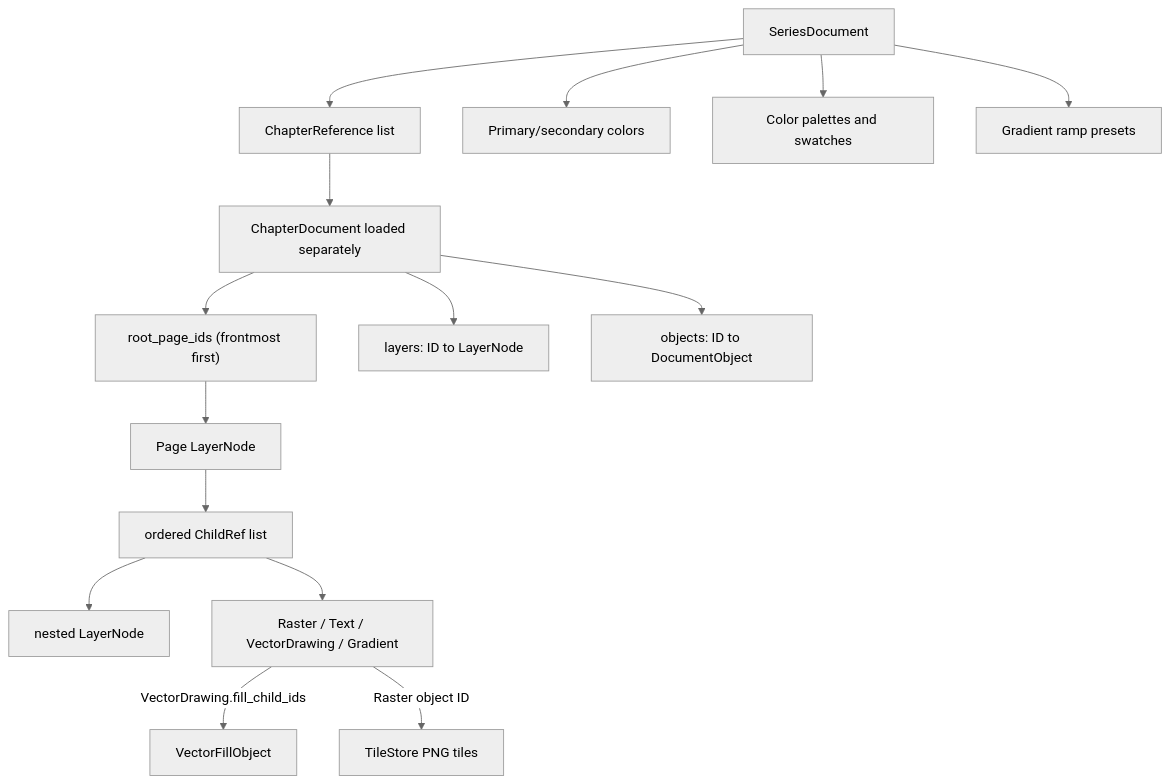
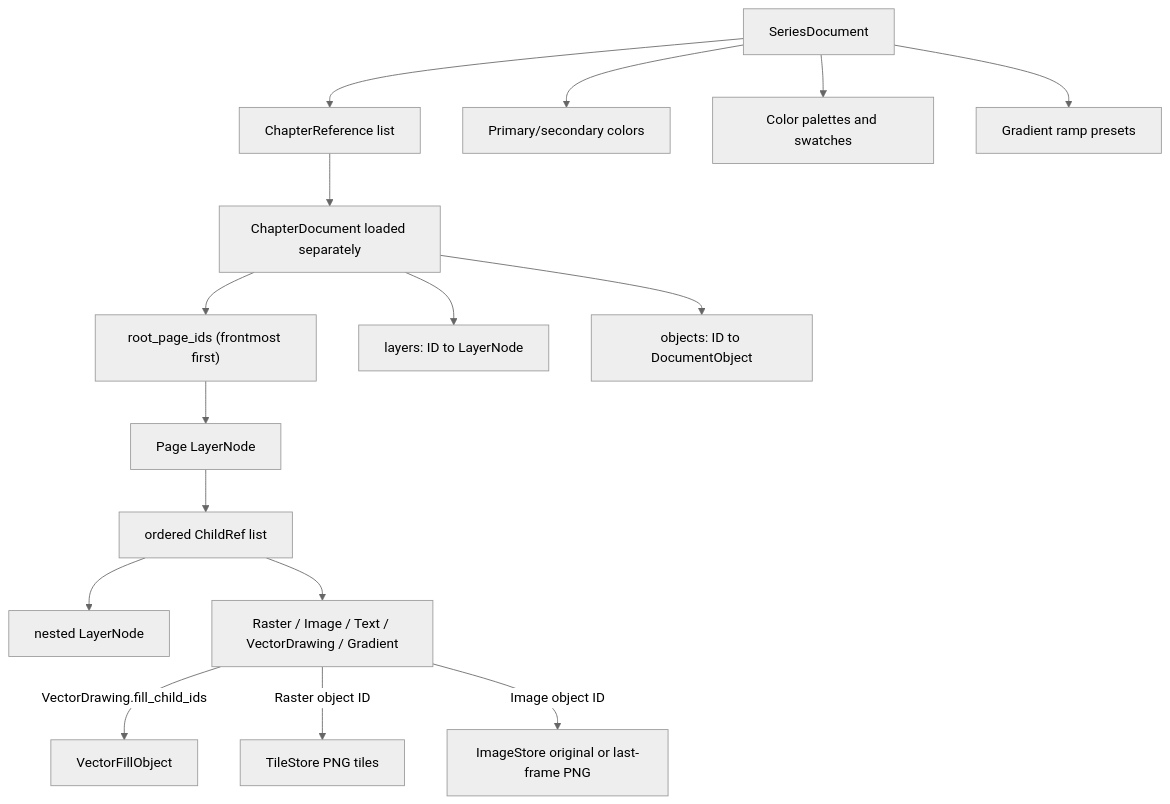
The diagram in docs/llm/03-data-session-and-persistence.md (dsat4200/webtoon-maker), drawn with Mermaid (neutral theme) before and after one commit. The commit also changed other lines of this file and 105 other files, not shown here.

````diff
--- a/docs/llm/03-data-session-and-persistence.md
+++ b/docs/llm/03-data-session-and-persistence.md
@@ -21,17 +23,18 @@
 ```mermaid
 flowchart TD
     S["SeriesDocument"] --> CR["ChapterReference list"]
     S --> CP["Primary/secondary colors"]
     S --> PAL["Color palettes and swatches"]
     S --> GP["Gradient ramp presets"]
     CR --> C["ChapterDocument loaded separately"]
     C --> RP["root_page_ids (frontmost first)"]
     C --> LM["layers: ID to LayerNode"]
     C --> OM["objects: ID to DocumentObject"]
     RP --> P["Page LayerNode"]
     P --> CH["ordered ChildRef list"]
     CH --> L["nested LayerNode"]
-    CH --> O["Raster / Text / VectorDrawing / Gradient"]
+    CH --> O["Raster / Image / Text / VectorDrawing / Gradient"]
     O -->|"VectorDrawing.fill_child_ids"| VF["VectorFillObject"]
     O -->|"Raster object ID"| T["TileStore PNG tiles"]
+    O -->|"Image object ID"| I["ImageStore original or last-frame PNG"]
 ```
````
